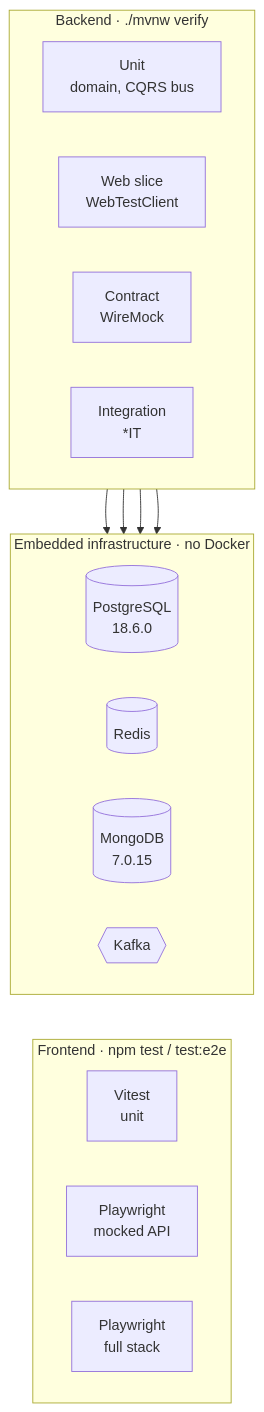
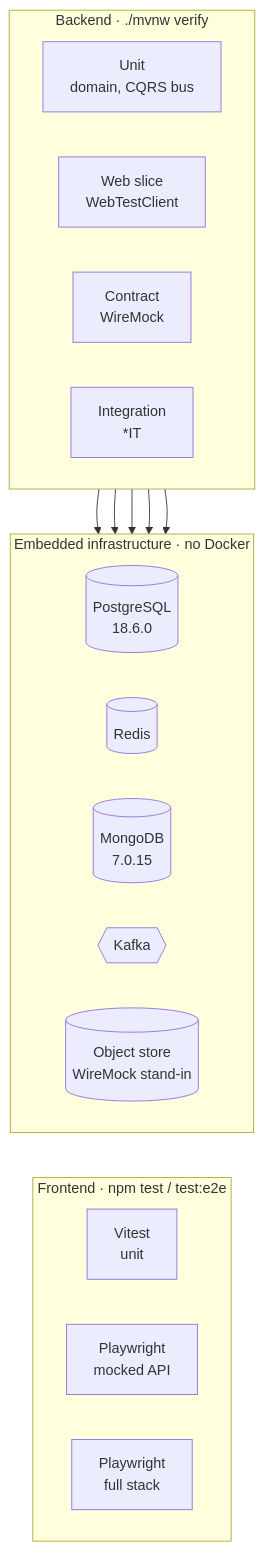
Before and after one commit to bhavaysavaliya/Lailo: diagram 16 of 16 in docs/ARCHITECTURE.md, drawn with Mermaid. The commit also changed other lines of this file and 89 other files, not shown here.

````diff
--- a/docs/ARCHITECTURE.md
+++ b/docs/ARCHITECTURE.md
@@ -419,25 +542,26 @@
 ```mermaid
 flowchart TB
     subgraph be["Backend · ./mvnw verify"]
         direction LR
         u["Unit<br/>domain, CQRS bus"]
         sl["Web slice<br/>WebTestClient"]
         wm["Contract<br/>WireMock"]
         it["Integration<br/>*IT"]
     end
     subgraph emb["Embedded infrastructure · no Docker"]
         direction LR
         epg[("PostgreSQL<br/>18.6.0")]
         ers[("Redis")]
         emg[("MongoDB<br/>7.0.15")]
         ekf{{"Kafka"}}
+        es3[("Object store<br/>WireMock stand-in")]
     end
     subgraph fe["Frontend · npm test / test:e2e"]
         direction LR
         vt["Vitest<br/>unit"]
         pw["Playwright<br/>mocked API"]
         fs["Playwright<br/>full stack"]
     end
-    it --> epg & ers & emg & ekf
+    it --> epg & ers & emg & ekf & es3
     emb ~~~ fe
 ```
````
